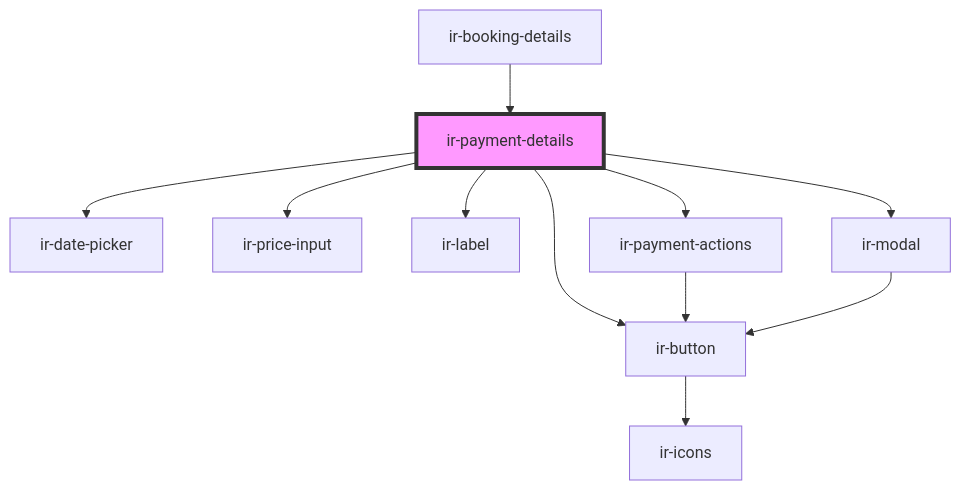
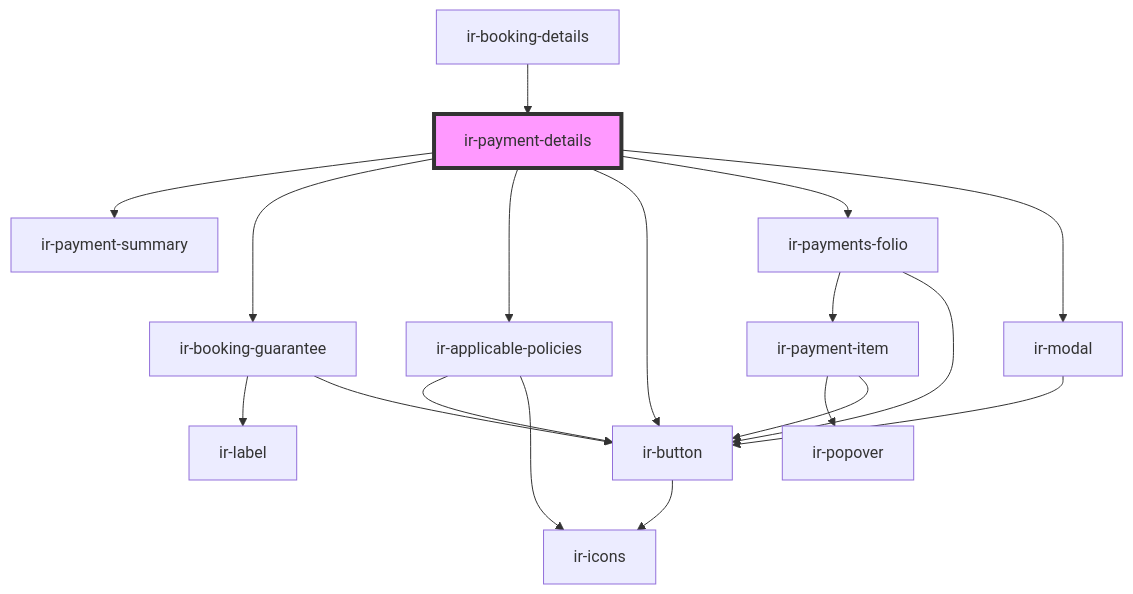
Before and after one commit to David1Chowaifaty/modified-ir-webcmp: the diagram in src/components/ir-booking-details/ir-payment-details/readme.md, drawn with Mermaid. The commit also changed other lines of this file and 50 other files, not shown here.

````diff
--- a/src/components/ir-booking-details/ir-payment-details/readme.md
+++ b/src/components/ir-booking-details/ir-payment-details/readme.md
@@ -41,14 +44,21 @@
 ```mermaid
 graph TD;
-  ir-payment-details --> ir-date-picker
-  ir-payment-details --> ir-price-input
+  ir-payment-details --> ir-payment-summary
+  ir-payment-details --> ir-booking-guarantee
+  ir-payment-details --> ir-applicable-policies
   ir-payment-details --> ir-button
-  ir-payment-details --> ir-label
-  ir-payment-details --> ir-payment-actions
+  ir-payment-details --> ir-payments-folio
   ir-payment-details --> ir-modal
+  ir-booking-guarantee --> ir-label
+  ir-booking-guarantee --> ir-button
   ir-button --> ir-icons
-  ir-payment-actions --> ir-button
+  ir-applicable-policies --> ir-button
+  ir-applicable-policies --> ir-icons
+  ir-payments-folio --> ir-payment-item
+  ir-payments-folio --> ir-button
+  ir-payment-item --> ir-popover
+  ir-payment-item --> ir-button
   ir-modal --> ir-button
   ir-booking-details --> ir-payment-details
   style ir-payment-details fill:#f9f,stroke:#333,stroke-width:4px
 ```
````
